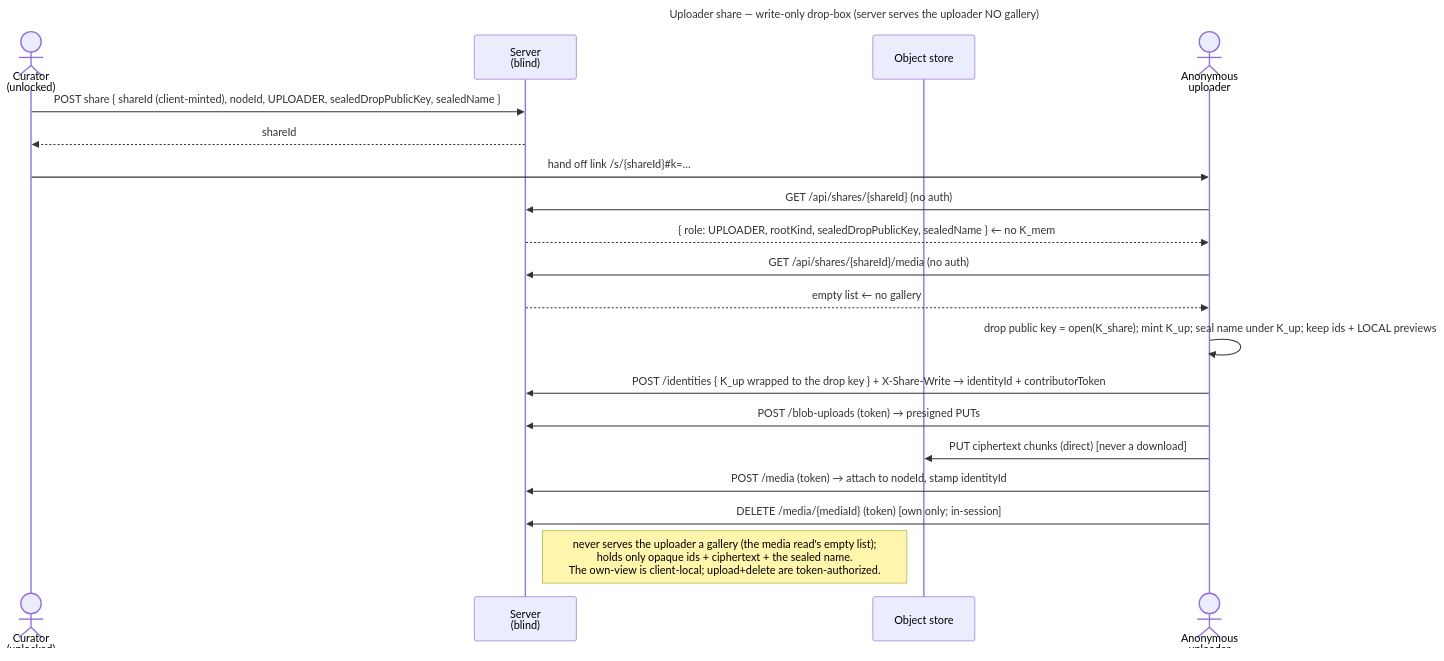
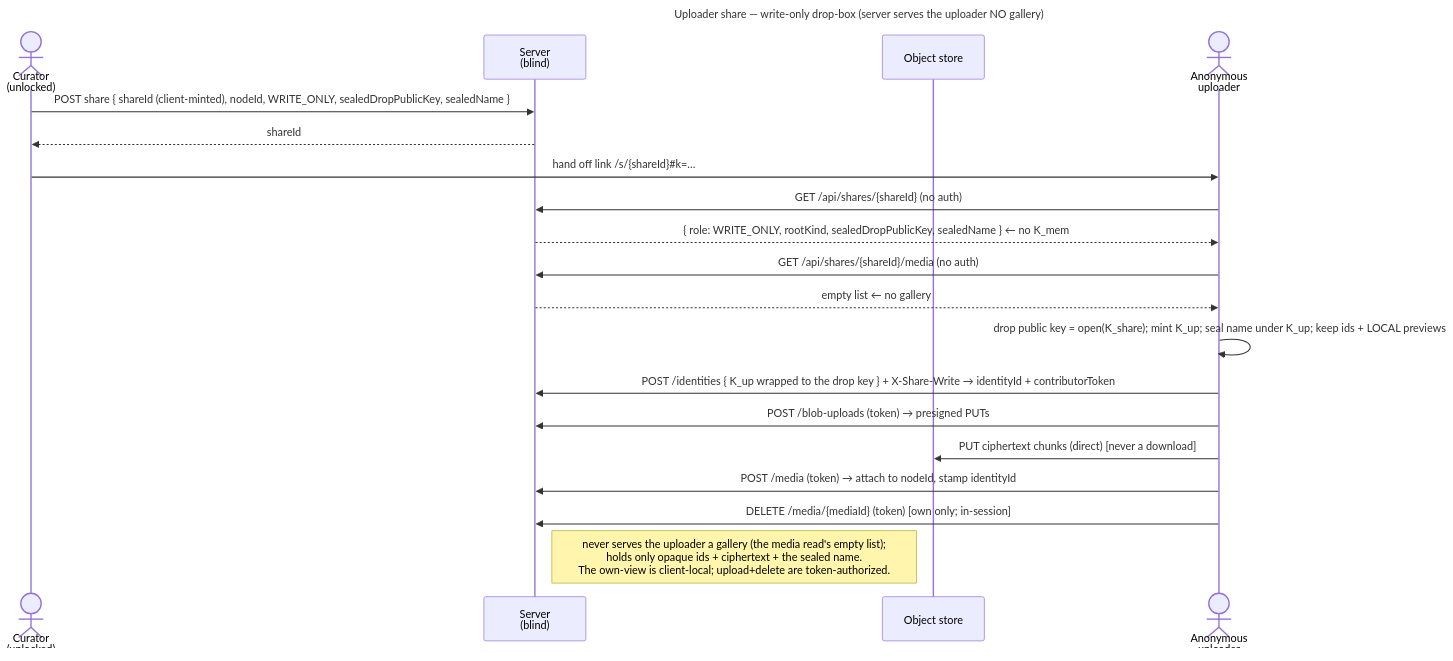
Before and after one commit to raddatzk/veyq: the diagram in docs/features/sharing/use-cases/uc.sharing.share-uploader.md, drawn with Mermaid. The commit also changed other lines of this file and 35 other files, not shown here.

First line of the commit message:
docs: name the share access modes READ/READ_WRITE/WRITE_ONLY

````diff
--- a/docs/features/sharing/use-cases/uc.sharing.share-uploader.md
+++ b/docs/features/sharing/use-cases/uc.sharing.share-uploader.md
@@ -51,24 +51,24 @@
 ```mermaid
 ---
 title: Uploader share — write-only drop-box (server serves the uploader NO gallery)
 ---
 sequenceDiagram
   actor C as Curator<br>(unlocked)
   participant S as Server<br>(blind)
   participant O as Object store
   actor V as Anonymous<br>uploader
-  C->>S: POST share { shareId (client-minted), nodeId, UPLOADER, sealedDropPublicKey, sealedName }
+  C->>S: POST share { shareId (client-minted), nodeId, WRITE_ONLY, sealedDropPublicKey, sealedName }
   S-->>C: shareId
   C->>V: hand off link /s/{shareId}#35;k=…
   V->>S: GET /api/shares/{shareId}   (no auth)
-  S-->>V: { role: UPLOADER, rootKind, sealedDropPublicKey, sealedName }   ← no K_mem
+  S-->>V: { role: WRITE_ONLY, rootKind, sealedDropPublicKey, sealedName }   ← no K_mem
   V->>S: GET /api/shares/{shareId}/media   (no auth)
   S-->>V: empty list   ← no gallery
   V->>V: drop public key = open(K_share)#59; mint K_up#59; seal name under K_up#59; keep ids + LOCAL previews
   V->>S: POST /identities { K_up wrapped to the drop key } + X-Share-Write → identityId + contributorToken
   V->>S: POST /blob-uploads (token) → presigned PUTs
   V->>O: PUT ciphertext chunks (direct)   [never a download]
   V->>S: POST /media (token) → attach to nodeId, stamp identityId
   V->>S: DELETE /media/{mediaId} (token)   [own only#59; in-session]
   Note right of S: never serves the uploader a gallery (the media read's empty list)#59;<br>holds only opaque ids + ciphertext + the sealed name.<br>The own-view is client-local#59; upload+delete are token-authorized.
 ```
````
